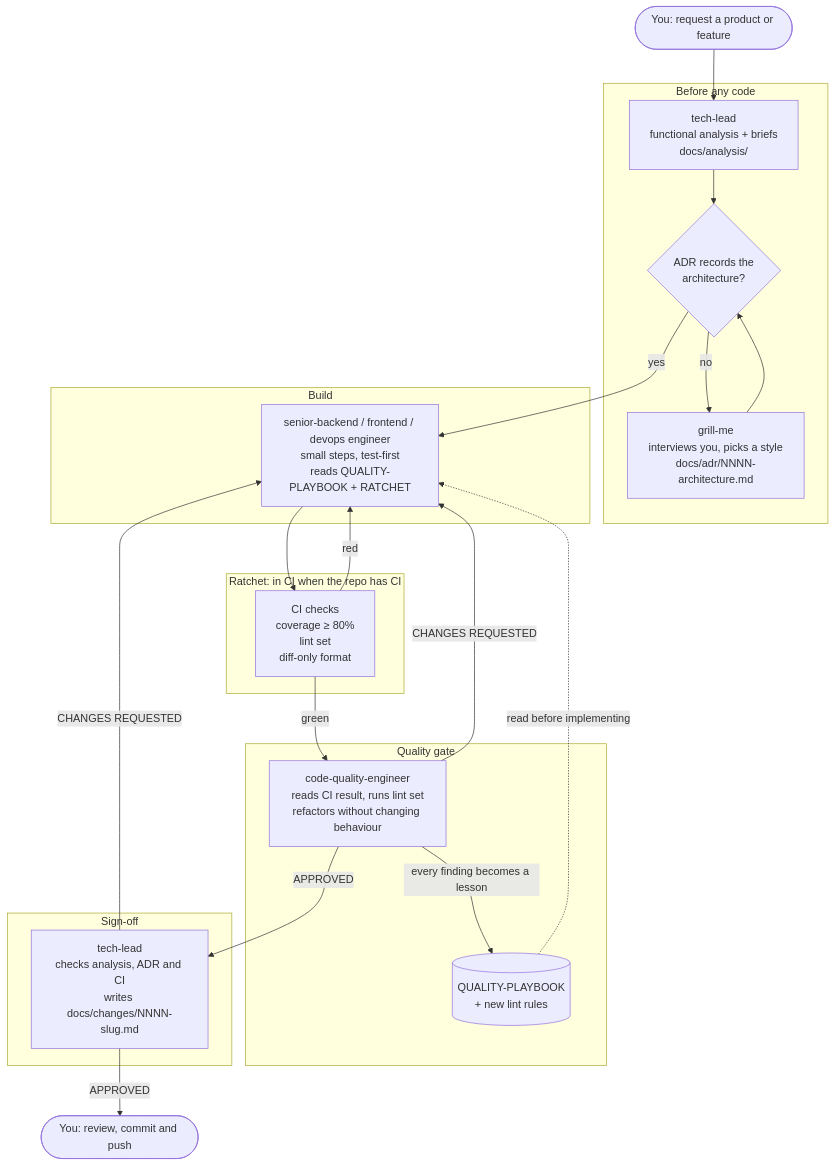
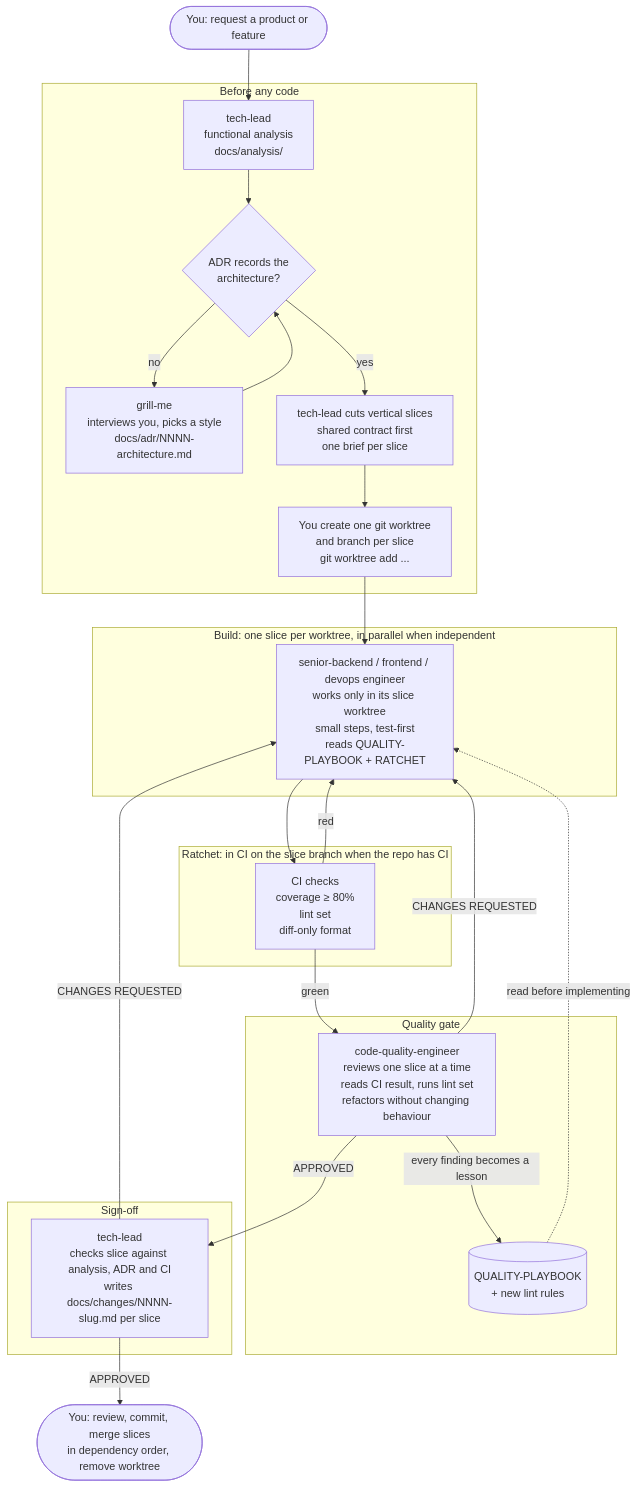
Before and after one commit to Riodev28/ai-harness: the diagram in README.md, drawn with Mermaid. The commit also changed other lines of this file and 8 other files, not shown here.

Commit message:
feat: add ratchet,      slices and worktrees, grill-me, response-mode; optional architecture; relative links

````diff
--- a/README.md
+++ b/README.md
@@ -7,45 +7,48 @@
 ```mermaid
 flowchart TD
     U([You: request a product or feature]) --> TL1
 
     subgraph before [Before any code]
-        TL1[tech-lead<br/>functional analysis + briefs<br/>docs/analysis/]
+        TL1[tech-lead<br/>functional analysis<br/>docs/analysis/]
         GM{ADR records the<br/>architecture?}
         GR[grill-me<br/>interviews you, picks a style<br/>docs/adr/NNNN-architecture.md]
+        SL[tech-lead cuts vertical slices<br/>shared contract first<br/>one brief per slice]
+        WT[You create one git worktree<br/>and branch per slice<br/>git worktree add ...]
         TL1 --> GM
         GM -- no --> GR --> GM
+        GM -- yes --> SL --> WT
     end
 
-    GM -- yes --> ENG
+    WT --> ENG
 
-    subgraph build [Build]
-        ENG[senior-backend / frontend / devops engineer<br/>small steps, test-first<br/>reads QUALITY-PLAYBOOK + RATCHET]
+    subgraph build [Build: one slice per worktree, in parallel when independent]
+        ENG[senior-backend / frontend / devops engineer<br/>works only in its slice worktree<br/>small steps, test-first<br/>reads QUALITY-PLAYBOOK + RATCHET]
     end
 
     ENG --> CI
 
-    subgraph ratchet [Ratchet: in CI when the repo has CI]
+    subgraph ratchet [Ratchet: in CI on the slice branch when the repo has CI]
         CI[CI checks<br/>coverage ≥ 80%<br/>lint set<br/>diff-only format]
     end
 
     CI -- red --> ENG
     CI -- green --> CQ
 
     subgraph gate [Quality gate]
-        CQ[code-quality-engineer<br/>reads CI result, runs lint set<br/>refactors without changing behaviour]
+        CQ[code-quality-engineer<br/>reviews one slice at a time<br/>reads CI result, runs lint set<br/>refactors without changing behaviour]
         PB[(QUALITY-PLAYBOOK<br/>+ new lint rules)]
         CQ -- every finding becomes a lesson --> PB
     end
 
     CQ -- CHANGES REQUESTED --> ENG
     CQ -- APPROVED --> TL2
 
     subgraph signoff [Sign-off]
-        TL2[tech-lead<br/>checks analysis, ADR and CI<br/>writes docs/changes/NNNN-slug.md]
+        TL2[tech-lead<br/>checks slice against analysis, ADR and CI<br/>writes docs/changes/NNNN-slug.md per slice]
     end
 
     TL2 -- CHANGES REQUESTED --> ENG
-    TL2 -- APPROVED --> U2([You: review, commit and push])
+    TL2 -- APPROVED --> U2([You: review, commit, merge slices<br/>in dependency order, remove worktree])
 
     PB -. read before implementing .-> ENG
 ```
````
